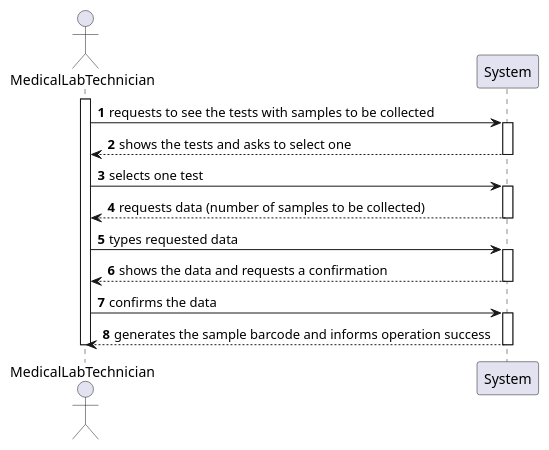
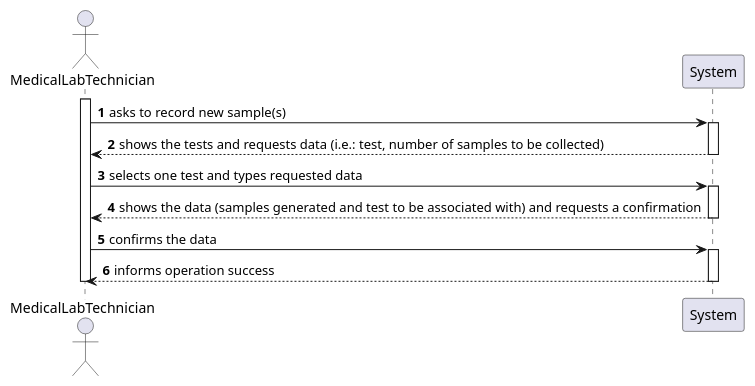
Before and after one commit to 0franciscor/lei-21-s2-1de-g19: the diagram in docs/SprintC/US05/US05-SSD.puml, drawn with PlantUML. The commit also changed 1 other file, not shown here.

```diff
--- a/docs/SprintC/US05/US05-SSD.puml
+++ b/docs/SprintC/US05/US05-SSD.puml
@@ -1,19 +1,17 @@
 @startuml
 'https://plantuml.com/sequence-diagram
 
 autonumber
 
 actor MedicalLabTechnician as MLT
 
 activate MLT
-MLT -> System ++: requests to see the tests with samples to be collected
-System --> MLT --: shows the tests and asks to select one
-MLT -> System ++: selects one test
-System --> MLT --: requests data (number of samples to be collected)
-MLT -> System ++: types requested data
-System --> MLT --: shows the data and requests a confirmation
+MLT -> System ++: asks to record new sample(s)
+System --> MLT --: shows the tests and requests data (i.e.: test, number of samples to be collected)
+MLT -> System ++: selects one test and types requested data
+System --> MLT --: shows the data (samples generated and test to be associated with) and requests a confirmation
 MLT -> System ++: confirms the data
-System --> MLT --: generates the sample barcode and informs operation success
+System --> MLT --: informs operation success
+deactivate MLT
 
-deactivate MLT
 @enduml
```
